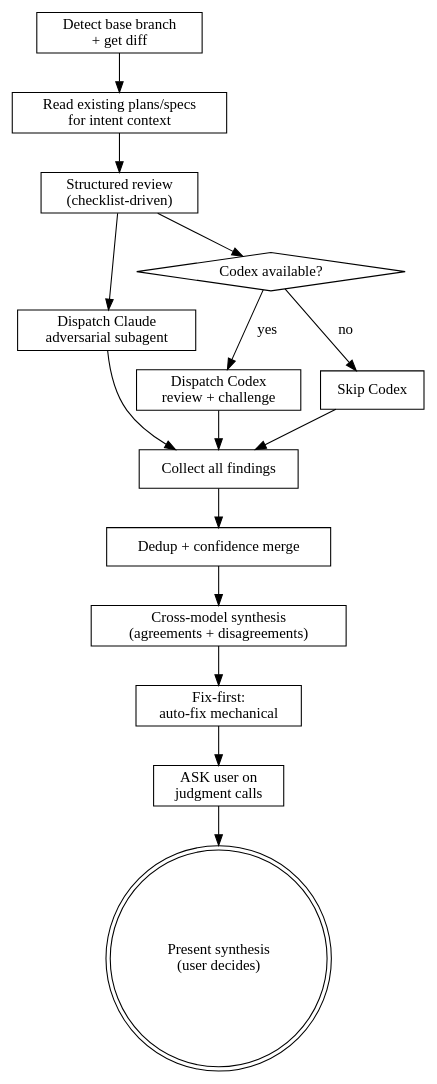
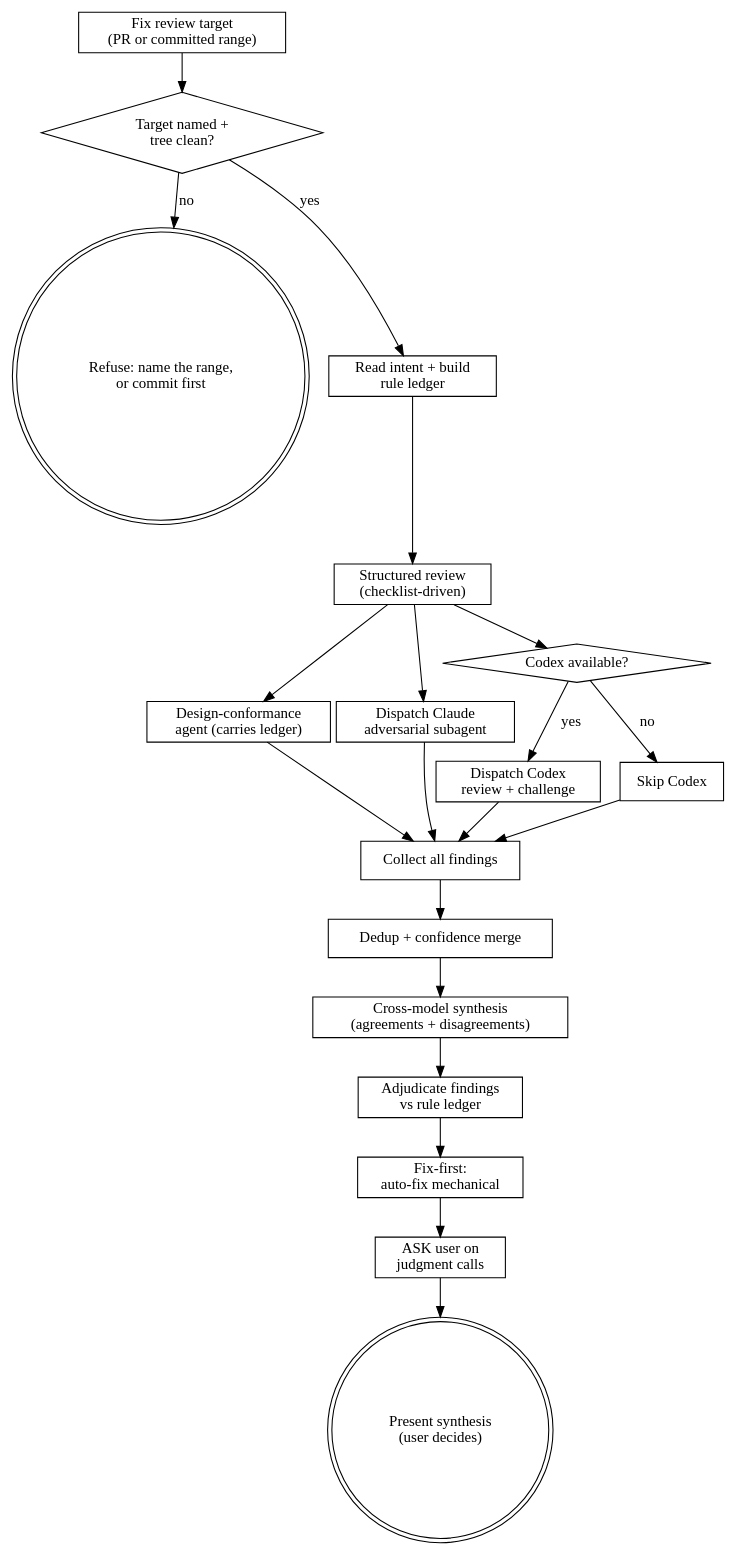
The diagram in wayne-code-review/SKILL.md (waynejing995/wayne-taste), drawn with Graphviz before and after one commit. The commit also changed other lines of this file and 10 other files, not shown here.

````diff
--- a/wayne-code-review/SKILL.md
+++ b/wayne-code-review/SKILL.md
@@ -44,34 +46,43 @@
 ```dot
 digraph review {
     rankdir=TB;
 
-    "Detect base branch\n+ get diff" [shape=box];
-    "Read existing plans/specs\nfor intent context" [shape=box];
+    "Fix review target\n(PR or committed range)" [shape=box];
+    "Target named +\ntree clean?" [shape=diamond];
+    "Refuse: name the range,\nor commit first" [shape=doublecircle];
+    "Read intent + build\nrule ledger" [shape=box];
     "Structured review\n(checklist-driven)" [shape=box];
+    "Design-conformance\nagent (carries ledger)" [shape=box];
     "Dispatch Claude\nadversarial subagent" [shape=box];
     "Codex available?" [shape=diamond];
     "Dispatch Codex\nreview + challenge" [shape=box];
     "Skip Codex" [shape=box];
     "Collect all findings" [shape=box];
     "Dedup + confidence merge" [shape=box];
     "Cross-model synthesis\n(agreements + disagreements)" [shape=box];
+    "Adjudicate findings\nvs rule ledger" [shape=box];
     "Fix-first:\nauto-fix mechanical" [shape=box];
     "ASK user on\njudgment calls" [shape=box];
     "Present synthesis\n(user decides)" [shape=doublecircle];
 
-    "Detect base branch\n+ get diff" -> "Read existing plans/specs\nfor intent context";
-    "Read existing plans/specs\nfor intent context" -> "Structured review\n(checklist-driven)";
+    "Fix review target\n(PR or committed range)" -> "Target named +\ntree clean?";
+    "Target named +\ntree clean?" -> "Refuse: name the range,\nor commit first" [label="no"];
+    "Target named +\ntree clean?" -> "Read intent + build\nrule ledger" [label="yes"];
+    "Read intent + build\nrule ledger" -> "Structured review\n(checklist-driven)";
     "Structured review\n(checklist-driven)" -> "Dispatch Claude\nadversarial subagent";
     "Structured review\n(checklist-driven)" -> "Codex available?";
     "Codex available?" -> "Dispatch Codex\nreview + challenge" [label="yes"];
     "Codex available?" -> "Skip Codex" [label="no"];
     "Dispatch Claude\nadversarial subagent" -> "Collect all findings";
     "Dispatch Codex\nreview + challenge" -> "Collect all findings";
     "Skip Codex" -> "Collect all findings";
+    "Structured review\n(checklist-driven)" -> "Design-conformance\nagent (carries ledger)";
+    "Design-conformance\nagent (carries ledger)" -> "Collect all findings";
     "Collect all findings" -> "Dedup + confidence merge";
     "Dedup + confidence merge" -> "Cross-model synthesis\n(agreements + disagreements)";
-    "Cross-model synthesis\n(agreements + disagreements)" -> "Fix-first:\nauto-fix mechanical";
+    "Cross-model synthesis\n(agreements + disagreements)" -> "Adjudicate findings\nvs rule ledger";
+    "Adjudicate findings\nvs rule ledger" -> "Fix-first:\nauto-fix mechanical";
     "Fix-first:\nauto-fix mechanical" -> "ASK user on\njudgment calls";
     "ASK user on\njudgment calls" -> "Present synthesis\n(user decides)";
 }
 ```
````
